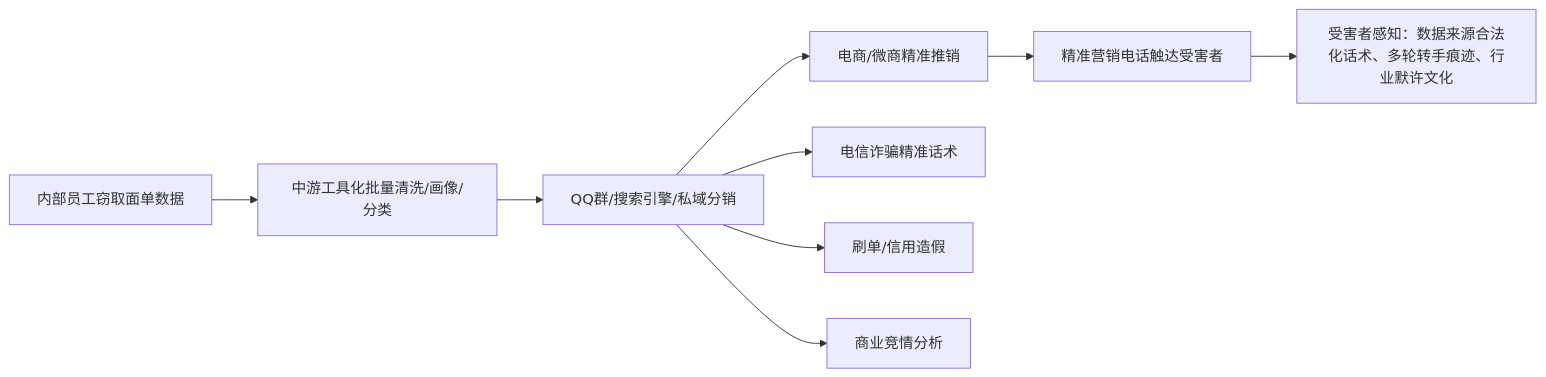
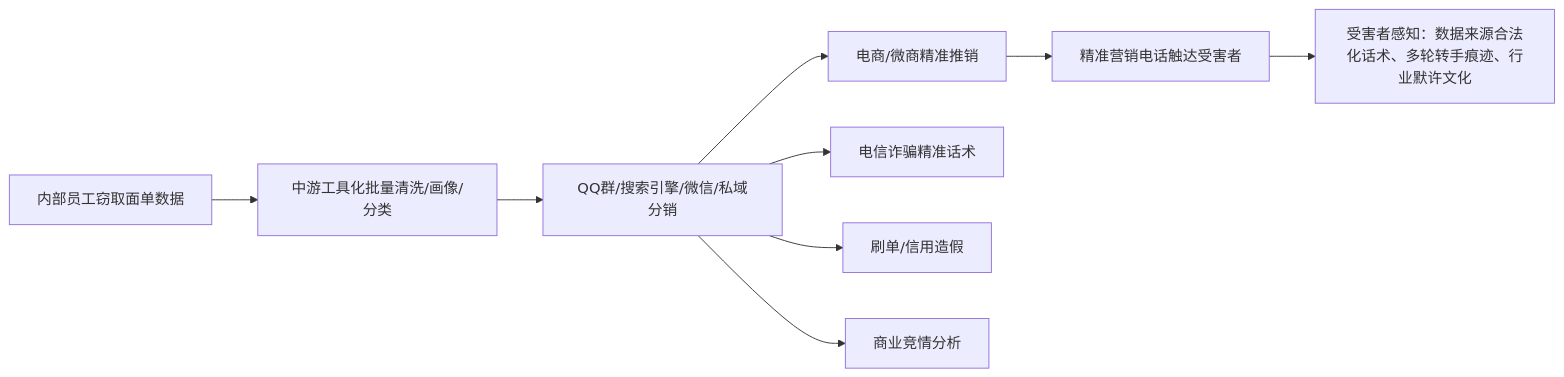
Before and after one commit to OpenDocCN1/sec-llm-wiki: the first of 2 diagrams in pages/insider-threat-courier-waybill-data-leakage.md, drawn with Mermaid. The commit also changed other lines of this file and 4 other files, not shown here.

````diff
--- a/pages/insider-threat-courier-waybill-data-leakage.md
+++ b/pages/insider-threat-courier-waybill-data-leakage.md
@@ -108,11 +124,11 @@
 ```mermaid
 graph LR
     A[内部员工窃取面单数据] --> B[中游工具化批量清洗/画像/分类]
-    B --> C[QQ群/搜索引擎/私域分销]
+    B --> C[QQ群/搜索引擎/微信/私域分销]
     C --> D1[电商/微商精准推销]
     C --> D2[电信诈骗精准话术]
     C --> D3[刷单/信用造假]
     C --> D4[商业竞情分析]
     D1 --> E[精准营销电话触达受害者]
     E --> F[受害者感知：数据来源合法化话术、多轮转手痕迹、行业默许文化]
 ```
````
